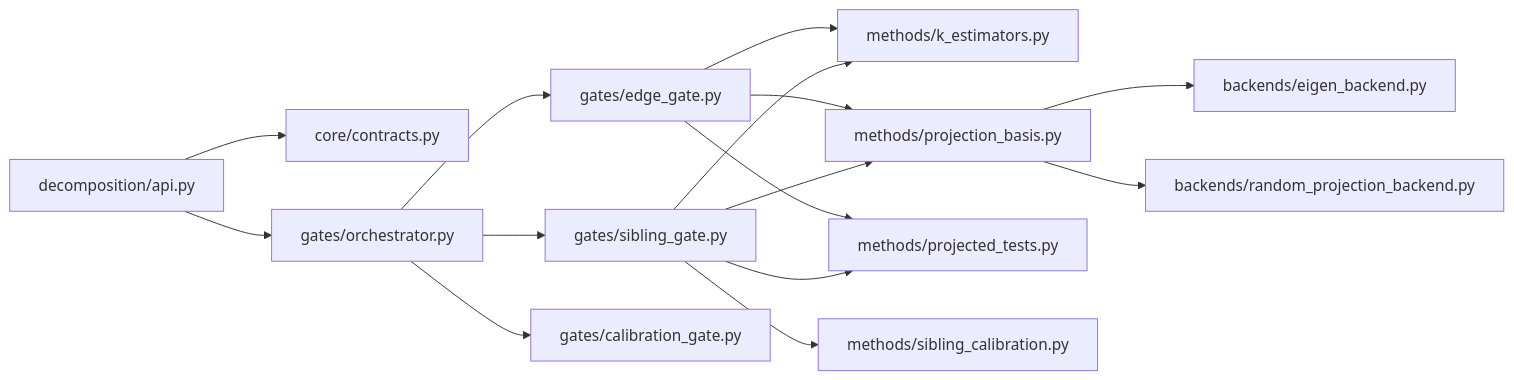
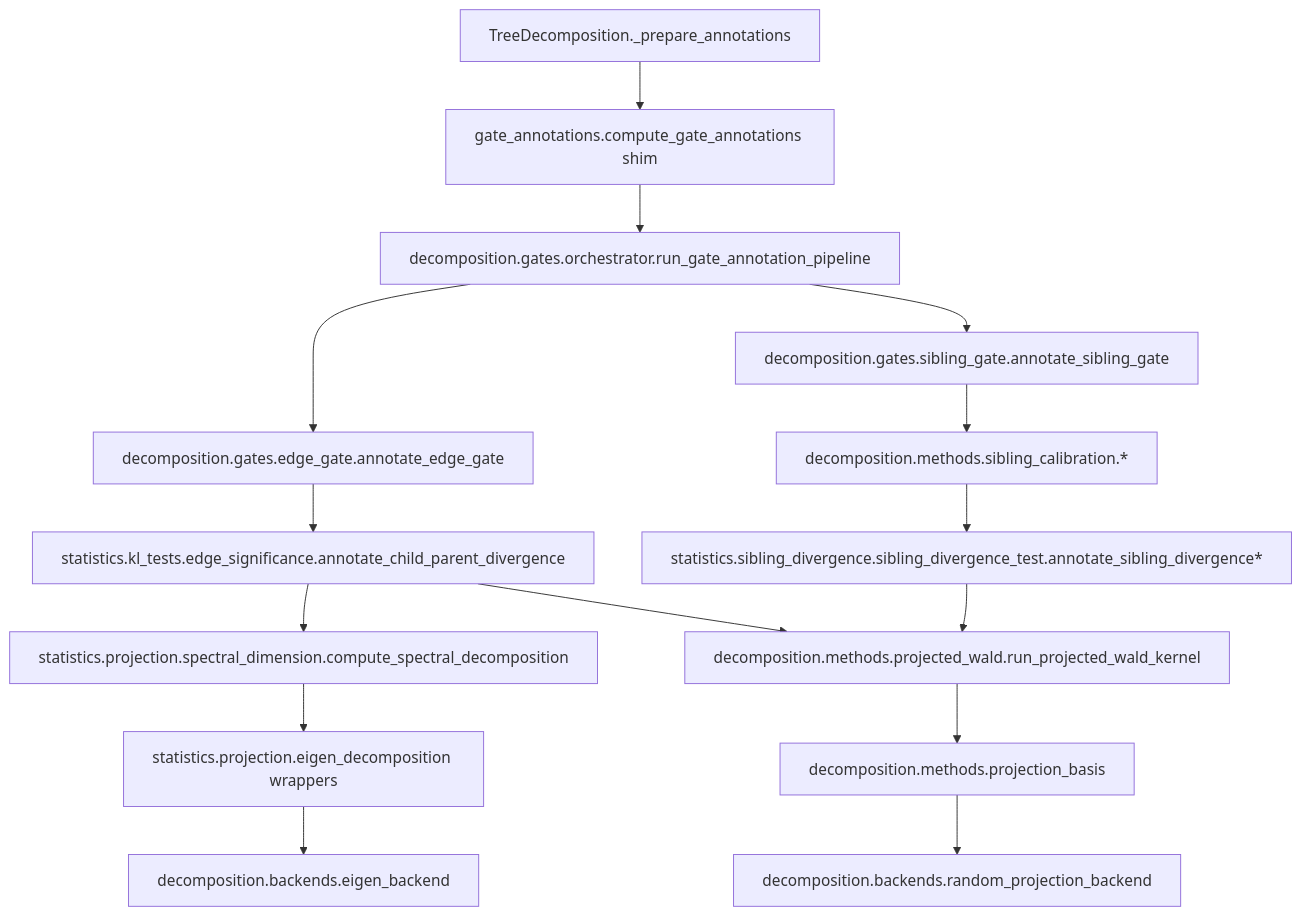
One commit to EnesSakalliUniWien/kl-tree-cluster changed the diagram in docs/decomposition_method_maps.md. Above: the diagram before and after it, drawn with Mermaid. The commit also changed other lines of this file and 11 other files, not shown here.

````diff
--- a/docs/decomposition_method_maps.md
+++ b/docs/decomposition_method_maps.md
@@ -55,22 +9,20 @@
 ```mermaid
-flowchart LR
-    API[decomposition/api.py]
-    API --> CORE[core/contracts.py]
-    API --> ORCH[gates/orchestrator.py]
+flowchart TD
+    TD[TreeDecomposition._prepare_annotations] --> GA[gate_annotations.compute_gate_annotations shim]
+    GA --> ORCH[decomposition.gates.orchestrator.run_gate_annotation_pipeline]
 
-    ORCH --> EG[gates/edge_gate.py]
-    ORCH --> SG[gates/sibling_gate.py]
-    ORCH --> CAL[gates/calibration_gate.py]
+    ORCH --> EG[decomposition.gates.edge_gate.annotate_edge_gate]
+    ORCH --> SG[decomposition.gates.sibling_gate.annotate_sibling_gate]
 
-    EG --> KM[methods/k_estimators.py]
-    EG --> BAS[methods/projection_basis.py]
-    EG --> TST[methods/projected_tests.py]
+    EG --> CP[statistics.kl_tests.edge_significance.annotate_child_parent_divergence]
+    CP --> SD[statistics.projection.spectral_dimension.compute_spectral_decomposition]
+    SD --> EWRAP[statistics.projection.eigen_decomposition wrappers]
+    EWRAP --> EBACK[decomposition.backends.eigen_backend]
+    CP --> PW[decomposition.methods.projected_wald.run_projected_wald_kernel]
+    PW --> PB[decomposition.methods.projection_basis]
+    PB --> RBACK[decomposition.backends.random_projection_backend]
 
-    SG --> KM
-    SG --> BAS
-    SG --> TST
-    SG --> SIB[methods/sibling_calibration.py]
-
-    BAS --> EIG[backends/eigen_backend.py]
-    BAS --> JLR[backends/random_projection_backend.py]
+    SG --> SC[decomposition.methods.sibling_calibration.*]
+    SC --> ST[statistics.sibling_divergence.sibling_divergence_test.annotate_sibling_divergence*]
+    ST --> PW
 ```
````
